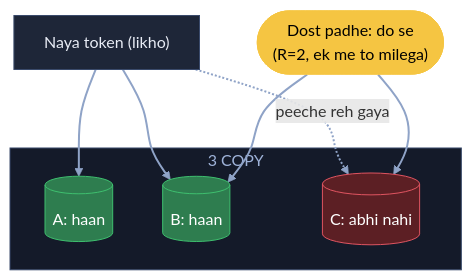
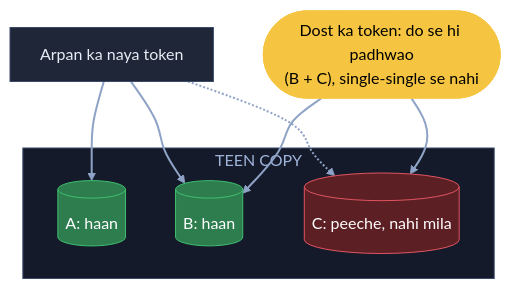
The tenth of 13 diagrams in 04_HLD/SYSTEM_DESIGNS/01_url_shortener/01_url_shortener.md (ArpanMaheshwari144/Prep), drawn with Mermaid before and after one commit. The commit also changed other lines of this file, not shown here.

Commit message:
URL: 13 diagram hand notes ke shabdon se (K4 naya), K7 / K12 kahani notes jaisi

````diff
--- a/04_HLD/SYSTEM_DESIGNS/01_url_shortener/01_url_shortener.md
+++ b/04_HLD/SYSTEM_DESIGNS/01_url_shortener/01_url_shortener.md
@@ -281,21 +302,21 @@
 ```mermaid
 flowchart TB
-    W["Naya token (likho)"]:::card
-    subgraph R["3 COPY"]
+    W["Arpan ka naya token"]:::card
+    subgraph CP["TEEN COPY"]
         A[("A: haan")]:::good
         B[("B: haan")]:::good
-        C[("C: abhi nahi")]:::bad
+        C[("C: peeche, nahi mila")]:::bad
     end
-    D(["Dost padhe: do se<br/>(R=2, ek me to milega)"]):::pill
+    D(["Dost ka token: do se hi padhwao<br/>(B + C), single-single se nahi"]):::pill
     W --> A
     W --> B
-    W -. "peeche reh gaya" .-> C
+    W -.-> C
     D --> B
     D --> C
     linkStyle default stroke:#8fa3c7,stroke-width:2px
     classDef card fill:#1e2638,stroke:#3a4a6b,color:#e8ecf5
     classDef pill fill:#f5c542,stroke:#f5c542,color:#000
     classDef good fill:#2e7d4f,stroke:#3fbf6f,color:#fff
     classDef bad fill:#5c1f24,stroke:#e05561,color:#fff
-    style R fill:#141a29,stroke:#3a4a6b,color:#9fb3d9
+    style CP fill:#141a29,stroke:#3a4a6b,color:#9fb3d9
 ```
````
